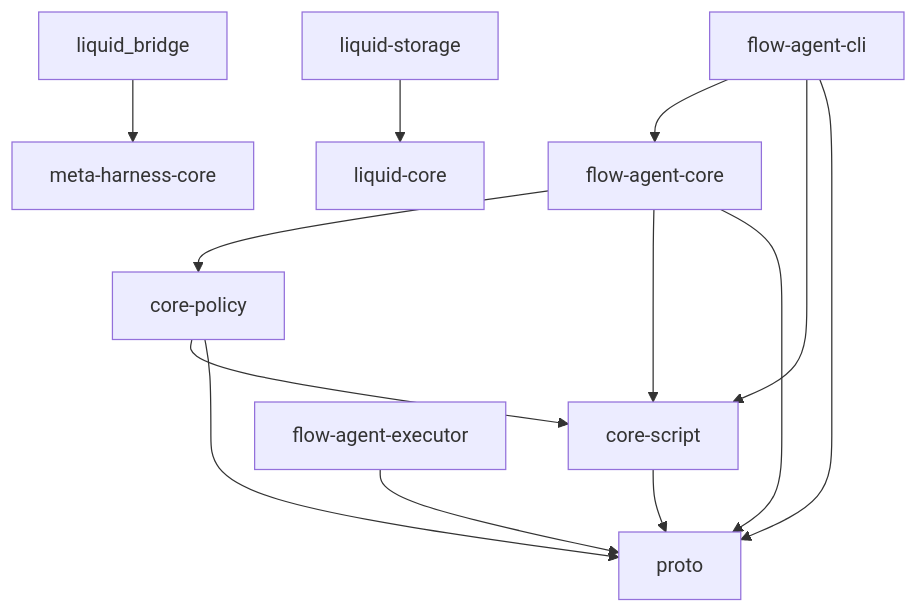
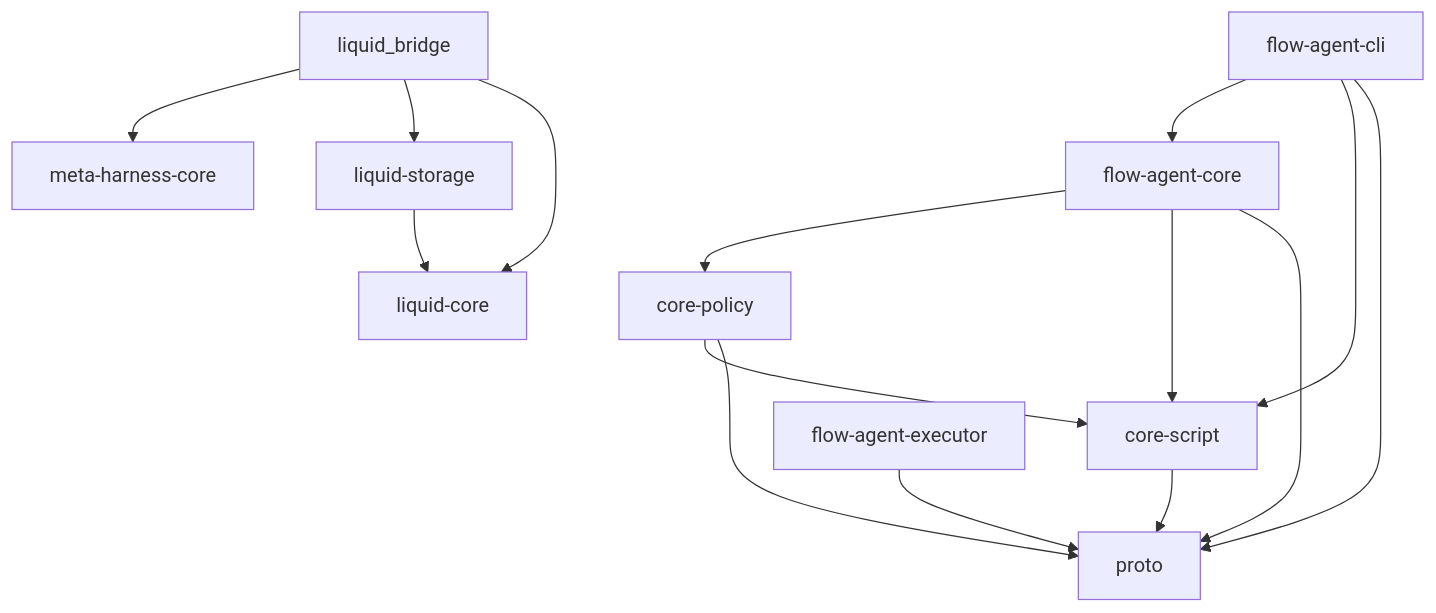
One commit to Open-Equilibrium/watershed changed the first of 3 diagrams in docs/architecture.md. Above: the diagram before and after it, drawn with Mermaid. The commit also changed 27 other files, not shown here.

````diff
--- a/docs/architecture.md
+++ b/docs/architecture.md
@@ -9,15 +9,17 @@
 ```mermaid
 flowchart TD
   C[flow-agent-cli] --> F[flow-agent-core]
   C --> S[core-script]
   C --> R[proto]
   E[flow-agent-executor] --> R
   F --> P[core-policy]
   F --> S
   F --> R
   P --> S
   P --> R
   S --> R
   L[liquid_bridge] --> M[meta-harness-core]
-  LS[liquid-storage] --> LC[liquid-core]
+  L --> LS[liquid-storage]
+  L --> LC[liquid-core]
+  LS --> LC
 ```
````
